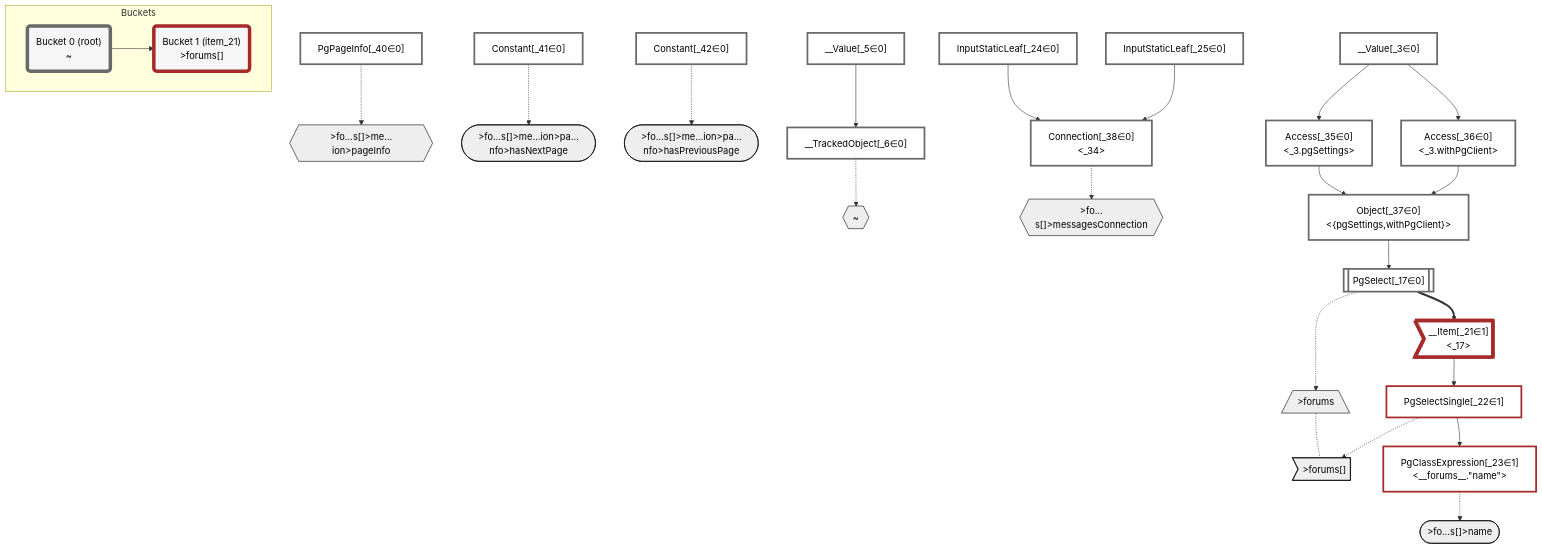
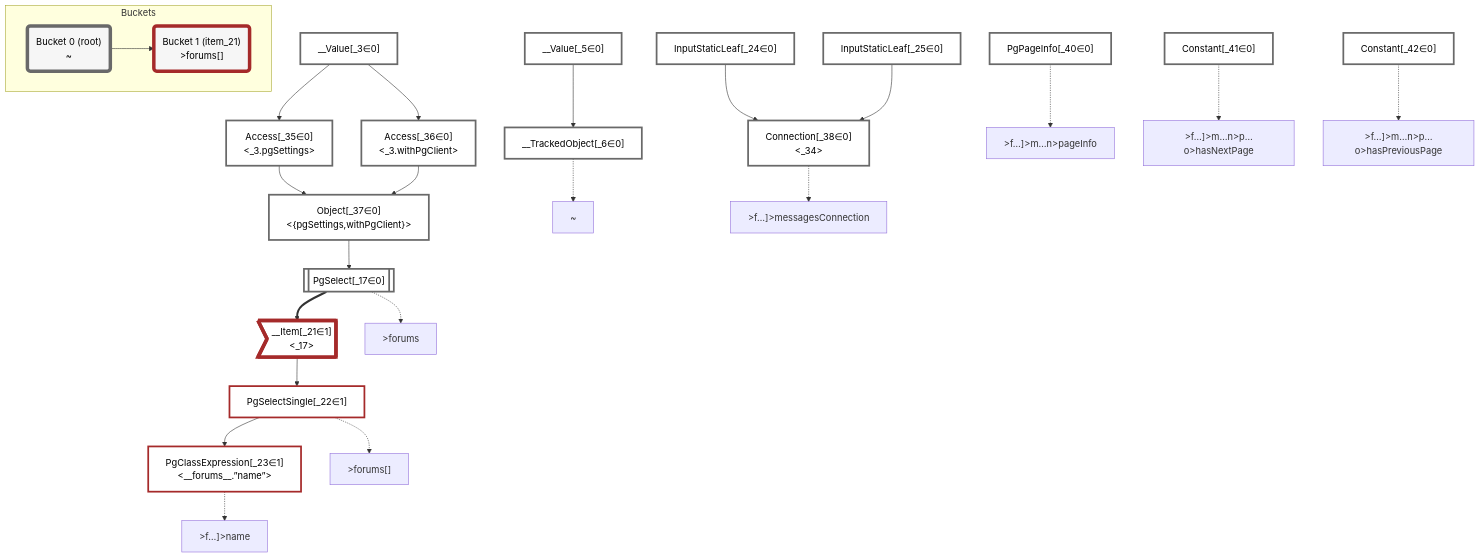
The diagram in packages/dataplan-pg/__tests__/queries/connections/empty.mermaid.md (graphile/crystal), drawn with Mermaid before and after one commit. The commit also changed 195 other files, not shown here.

````diff
--- a/packages/dataplan-pg/__tests__/queries/connections/empty.mermaid.md
+++ b/packages/dataplan-pg/__tests__/queries/connections/empty.mermaid.md
@@ -1,81 +1,72 @@
 ```mermaid
 graph TD
     classDef path fill:#eee,stroke:#000,color:#000
     classDef plan fill:#fff,stroke-width:3px,color:#000
     classDef itemplan fill:#fff,stroke-width:6px,color:#000
     classDef sideeffectplan fill:#f00,stroke-width:6px,color:#000
     classDef bucket fill:#f6f6f6,color:#000,stroke-width:6px
 
-    %% subgraph fields
-    P1{{"~"}}:::path
-    P2[/">forums"\]:::path
-    P3>">forums[]"]:::path
-    P2 -.- P3
-    P4([">fo…s[]>name"]):::path
-    %% P3 -.-> P4
-    P5{{">fo…s[]>messagesConnection"}}:::path
-    P6{{">fo…s[]>me…ion>pageInfo"}}:::path
-    P7([">fo…s[]>me…ion>pa…nfo>hasNextPage"]):::path
-    %% P6 -.-> P7
-    P8([">fo…s[]>me…ion>pa…nfo>hasPreviousPage"]):::path
-    %% P6 -.-> P8
-    %% P5 -.-> P6
-    %% P3 -.-> P5
-    %% P1 -.-> P2
-    %% end
 
     %% define plans
     __Value_3["__Value[_3∈0]<br /><context>"]:::plan
     __Value_5["__Value[_5∈0]<br /><rootValue>"]:::plan
     __TrackedObject_6["__TrackedObject[_6∈0]"]:::plan
     PgSelect_17[["PgSelect[_17∈0]<br /><forums>"]]:::plan
     __Item_21>"__Item[_21∈1]<br /><_17>"]:::itemplan
     PgSelectSingle_22["PgSelectSingle[_22∈1]<br /><forums>"]:::plan
-    PgClassExpression_23["PgClassExpression[_23∈1]<br /><__forums__.#quot;name#quot;>"]:::plan
+    PgClassExpression_23["PgClassExpression[_23∈1]<br /><__forums__.”name”>"]:::plan
     InputStaticLeaf_24["InputStaticLeaf[_24∈0]"]:::plan
     InputStaticLeaf_25["InputStaticLeaf[_25∈0]"]:::plan
     Access_35["Access[_35∈0]<br /><_3.pgSettings>"]:::plan
     Access_36["Access[_36∈0]<br /><_3.withPgClient>"]:::plan
     Object_37["Object[_37∈0]<br /><{pgSettings,withPgClient}>"]:::plan
     Connection_38["Connection[_38∈0]<br /><_34>"]:::plan
     PgPageInfo_40["PgPageInfo[_40∈0]"]:::plan
     Constant_41["Constant[_41∈0]"]:::plan
     Constant_42["Constant[_42∈0]"]:::plan
 
     %% plan dependencies
     __Value_5 --> __TrackedObject_6
     Object_37 --> PgSelect_17
     PgSelect_17 ==> __Item_21
     __Item_21 --> PgSelectSingle_22
     PgSelectSingle_22 --> PgClassExpression_23
     __Value_3 --> Access_35
     __Value_3 --> Access_36
     Access_35 --> Object_37
     Access_36 --> Object_37
     InputStaticLeaf_24 --> Connection_38
     InputStaticLeaf_25 --> Connection_38
 
     %% plan-to-path relationships
+    P1["~"]
     __TrackedObject_6 -.-> P1
+    P2[">forums"]
     PgSelect_17 -.-> P2
+    P3[">forums[]"]
     PgSelectSingle_22 -.-> P3
+    P4[">f…]>name"]
     PgClassExpression_23 -.-> P4
+    P5[">f…]>messagesConnection"]
     Connection_38 -.-> P5
+    P6[">f…]>m…n>pageInfo"]
     PgPageInfo_40 -.-> P6
+    P7[">f…]>m…n>p…o>hasNextPage"]
     Constant_41 -.-> P7
+    P8[">f…]>m…n>p…o>hasPreviousPage"]
     Constant_42 -.-> P8
 
     %% allocate buckets
     classDef bucket0 stroke:#696969
     class __Value_3,__Value_5,__TrackedObject_6,PgSelect_17,InputStaticLeaf_24,InputStaticLeaf_25,Access_35,Access_36,Object_37,Connection_38,PgPageInfo_40,Constant_41,Constant_42 bucket0
     classDef bucket1 stroke:#a52a2a
     class __Item_21,PgSelectSingle_22,PgClassExpression_23 bucket1
 
     subgraph Buckets
     Bucket0("Bucket 0 (root)<br />~"):::bucket
     style Bucket0 stroke:#696969
     Bucket1("Bucket 1 (item_21)<br />>forums[]"):::bucket
     style Bucket1 stroke:#a52a2a
     Bucket0 --> Bucket1
     end
 ```
````
